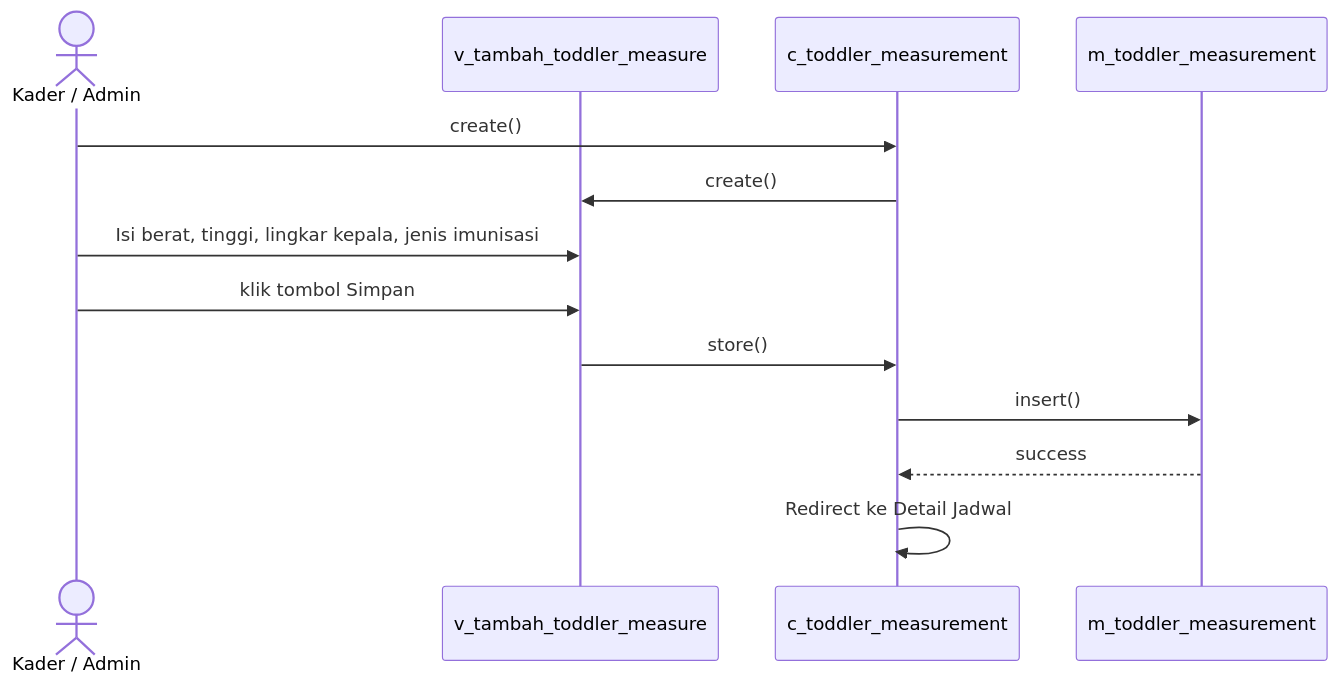
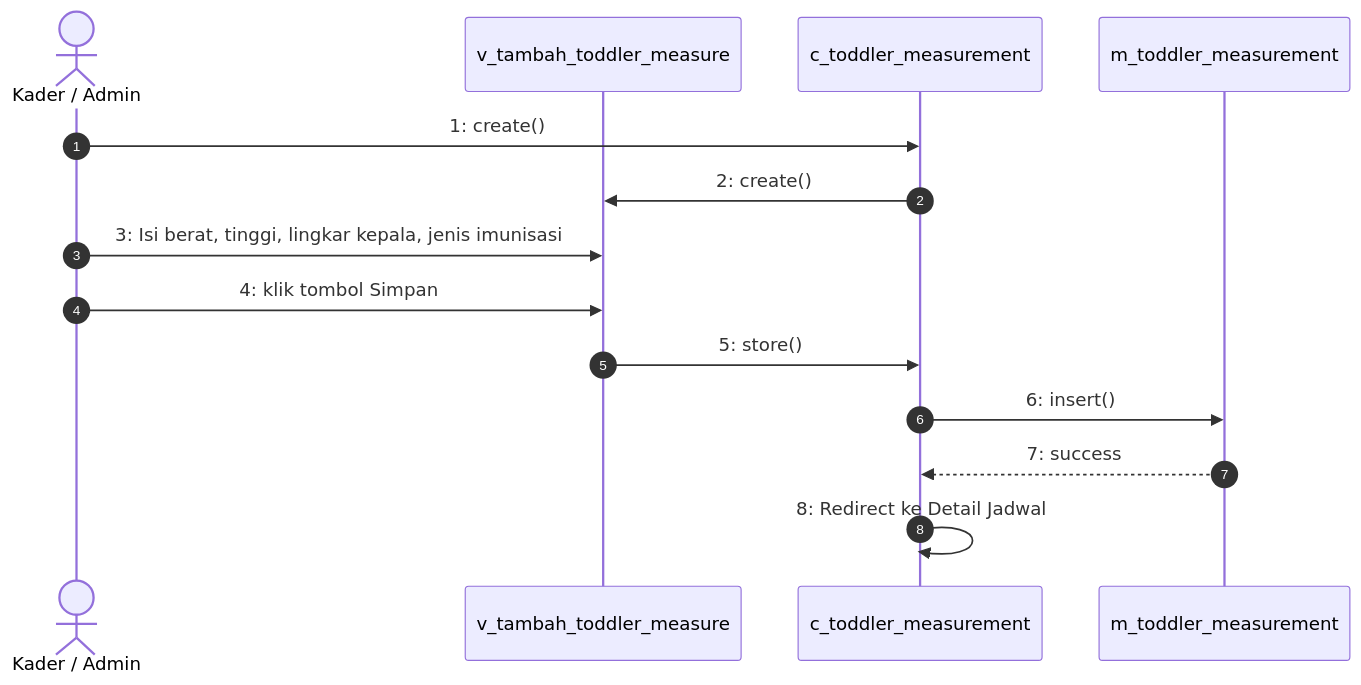
Before and after one commit to ahmadsanny2/posyandu-app: diagram 14 of 16 in plan-diagram.md, drawn with Mermaid. The commit also changed other lines of this file, not shown here.

Commit message:
docs: add sequence diagram autonumbering and manual labels

````diff
--- a/plan-diagram.md
+++ b/plan-diagram.md
@@ -571,16 +578,17 @@
 ```mermaid
 sequenceDiagram
+    autonumber
     actor Kader as Kader / Admin
     participant Boundary as v_tambah_toddler_measure
     participant Control as c_toddler_measurement
     participant Entity as m_toddler_measurement
 
-    Kader->>Control: create()
-    Control->>Boundary: create()
-    Kader->>Boundary: Isi berat, tinggi, lingkar kepala, jenis imunisasi
-    Kader->>Boundary: klik tombol Simpan
-    Boundary->>Control: store()
-    Control->>Entity: insert()
-    Entity-->>Control: success
-    Control->>Control: Redirect ke Detail Jadwal
+    Kader->>Control: 1: create()
+    Control->>Boundary: 2: create()
+    Kader->>Boundary: 3: Isi berat, tinggi, lingkar kepala, jenis imunisasi
+    Kader->>Boundary: 4: klik tombol Simpan
+    Boundary->>Control: 5: store()
+    Control->>Entity: 6: insert()
+    Entity-->>Control: 7: success
+    Control->>Control: 8: Redirect ke Detail Jadwal
 ```
````
